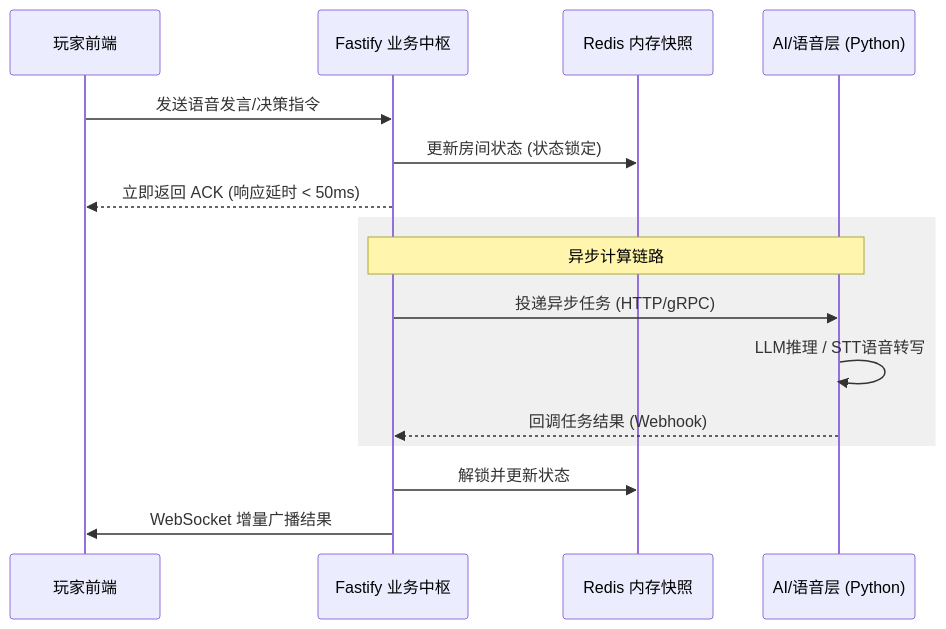
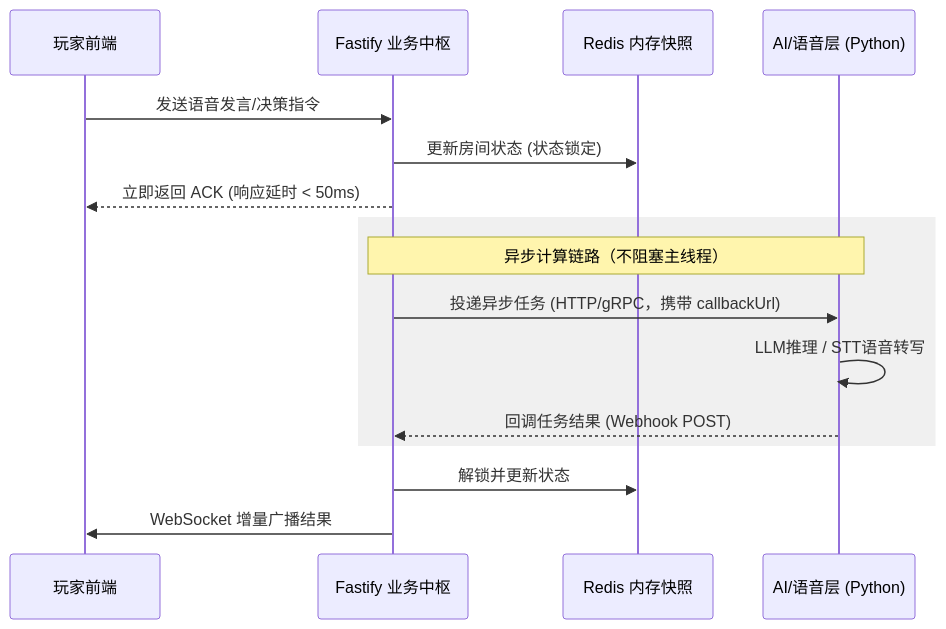
One commit to SPM-PSP/SPM26-1 changed the sixth of 7 diagrams in 技术文档/SDD系统设计文档.md. Above: the diagram before and after it, drawn with Mermaid. The commit also changed other lines of this file, not shown here.

````diff
--- a/技术文档/SDD系统设计文档.md
+++ b/技术文档/SDD系统设计文档.md
@@ -1478,21 +1479,21 @@
 ```mermaid
 sequenceDiagram
     participant P as 玩家前端
     participant B as Fastify 业务中枢
     participant R as Redis 内存快照
     participant A as AI/语音层 (Python)
 
     P->>B: 发送语音发言/决策指令
     B->>R: 更新房间状态 (状态锁定)
     B-->>P: 立即返回 ACK (响应延时 < 50ms)
     
     rect rgb(240, 240, 240)
-    Note over B,A: 异步计算链路
-    B->>A: 投递异步任务 (HTTP/gRPC)
+    Note over B,A: 异步计算链路（不阻塞主线程）
+    B->>A: 投递异步任务 (HTTP/gRPC，携带 callbackUrl)
     A->>A: LLM推理 / STT语音转写
-    A-->>B: 回调任务结果 (Webhook)
+    A-->>B: 回调任务结果 (Webhook POST)
     end
     
     B->>R: 解锁并更新状态
     B->>P: WebSocket 增量广播结果
 ```
````
